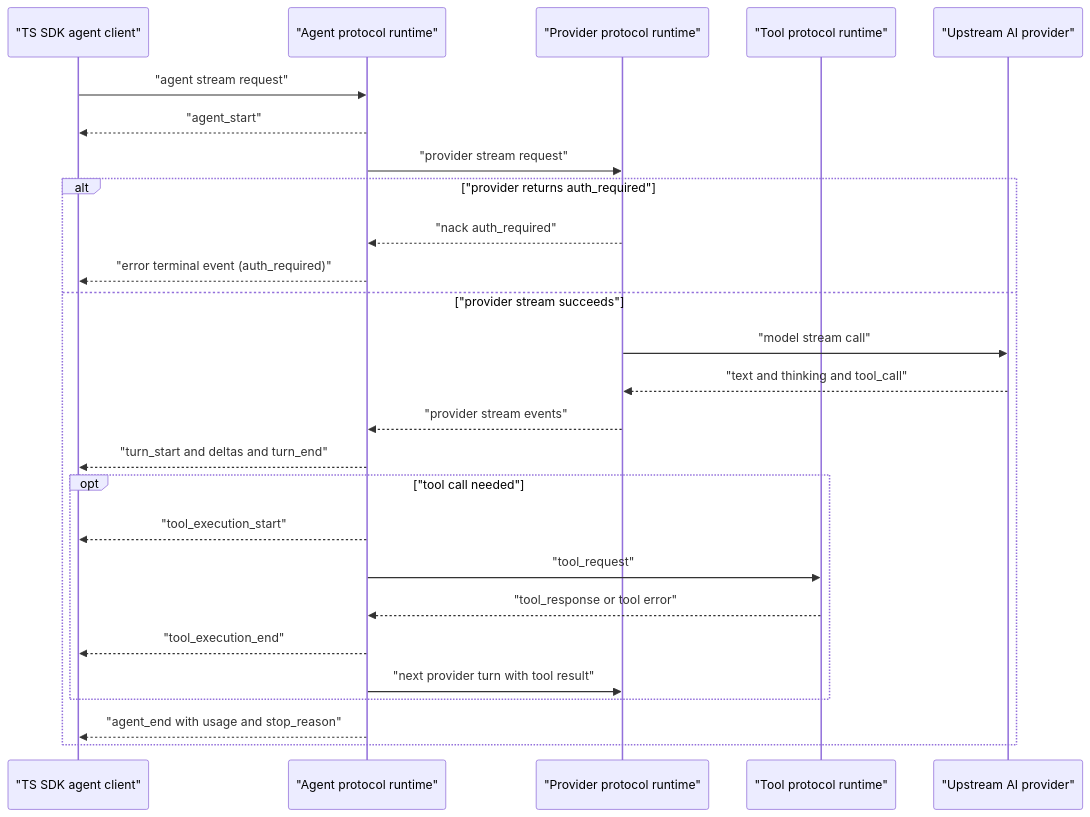
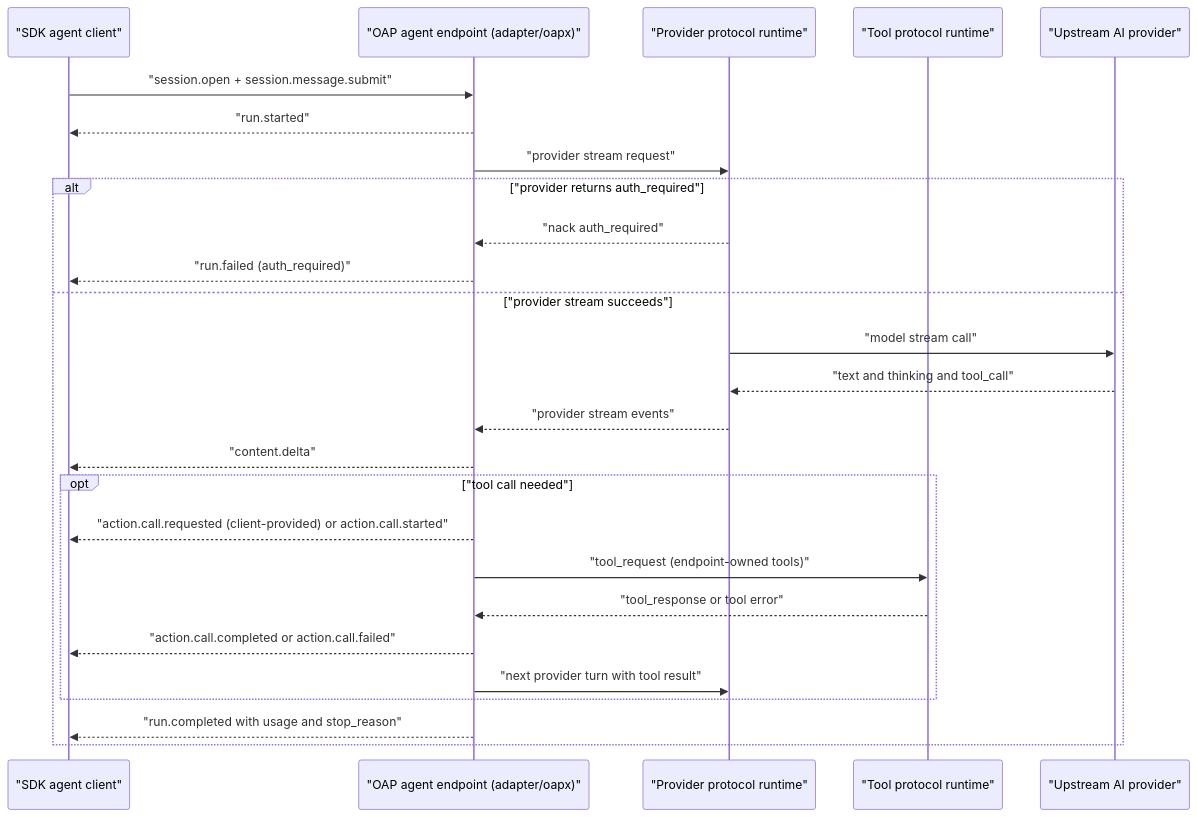
The fourth of 6 diagrams in DESIGN.md (lsm/open-agent-protocol), drawn with Mermaid before and after one commit. The commit also changed other lines of this file and 17 other files, not shown here.

````diff
--- a/DESIGN.md
+++ b/DESIGN.md
@@ -481,29 +481,29 @@
 ```mermaid
 sequenceDiagram
-  participant C as "TS SDK agent client"
-  participant G as "Agent protocol runtime"
+  participant C as "SDK agent client"
+  participant G as "OAP agent endpoint (adapter/oapx)"
   participant P as "Provider protocol runtime"
   participant T as "Tool protocol runtime"
   participant U as "Upstream AI provider"
 
-  C->>G: "agent stream request"
-  G-->>C: "agent_start"
+  C->>G: "session.open + session.message.submit"
+  G-->>C: "run.started"
   G->>P: "provider stream request"
   alt "provider returns auth_required"
     P-->>G: "nack auth_required"
-    G-->>C: "error terminal event (auth_required)"
+    G-->>C: "run.failed (auth_required)"
   else "provider stream succeeds"
     P->>U: "model stream call"
     U-->>P: "text and thinking and tool_call"
     P-->>G: "provider stream events"
-    G-->>C: "turn_start and deltas and turn_end"
+    G-->>C: "content.delta"
     opt "tool call needed"
-      G-->>C: "tool_execution_start"
-      G->>T: "tool_request"
+      G-->>C: "action.call.requested (client-provided) or action.call.started"
+      G->>T: "tool_request (endpoint-owned tools)"
       T-->>G: "tool_response or tool error"
-      G-->>C: "tool_execution_end"
+      G-->>C: "action.call.completed or action.call.failed"
       G->>P: "next provider turn with tool result"
     end
-    G-->>C: "agent_end with usage and stop_reason"
+    G-->>C: "run.completed with usage and stop_reason"
   end
 ```
````
